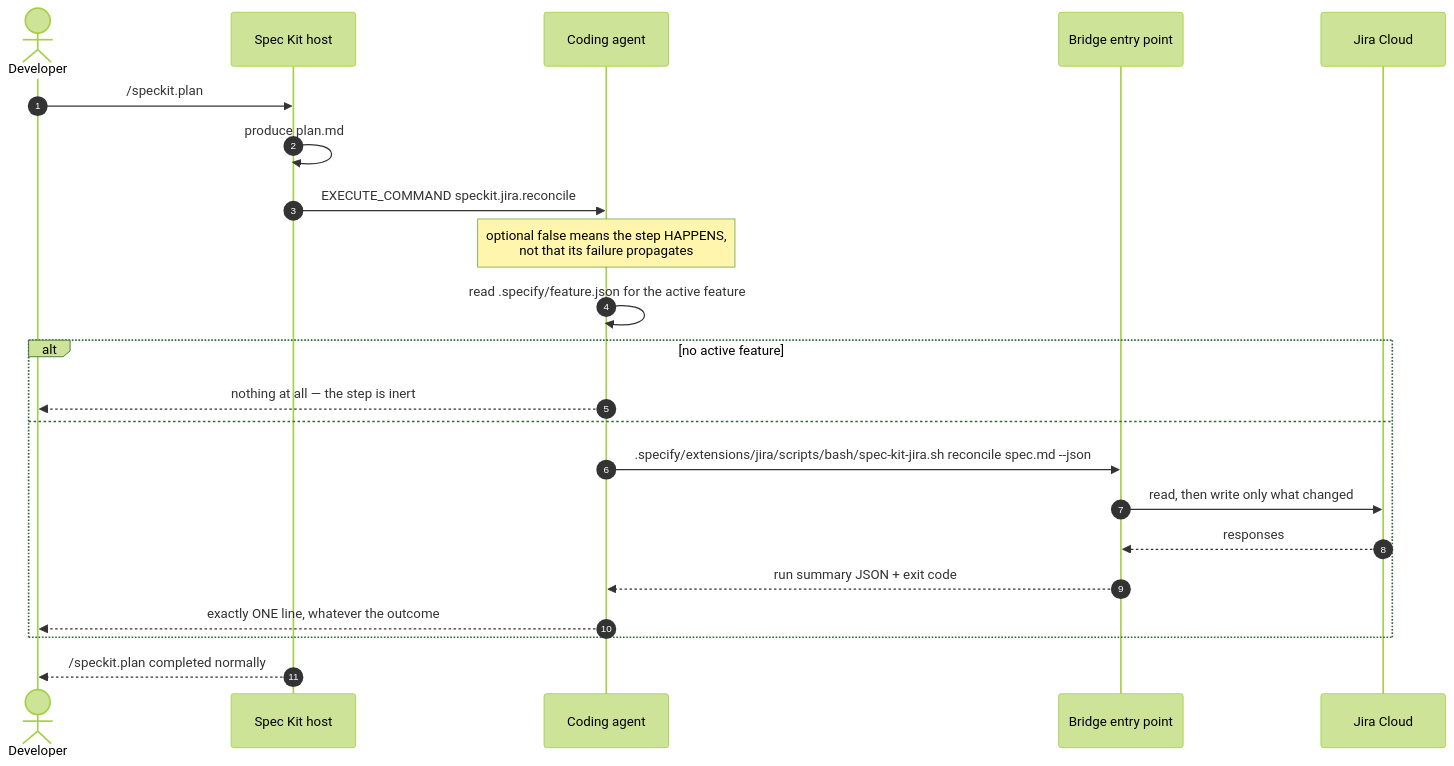
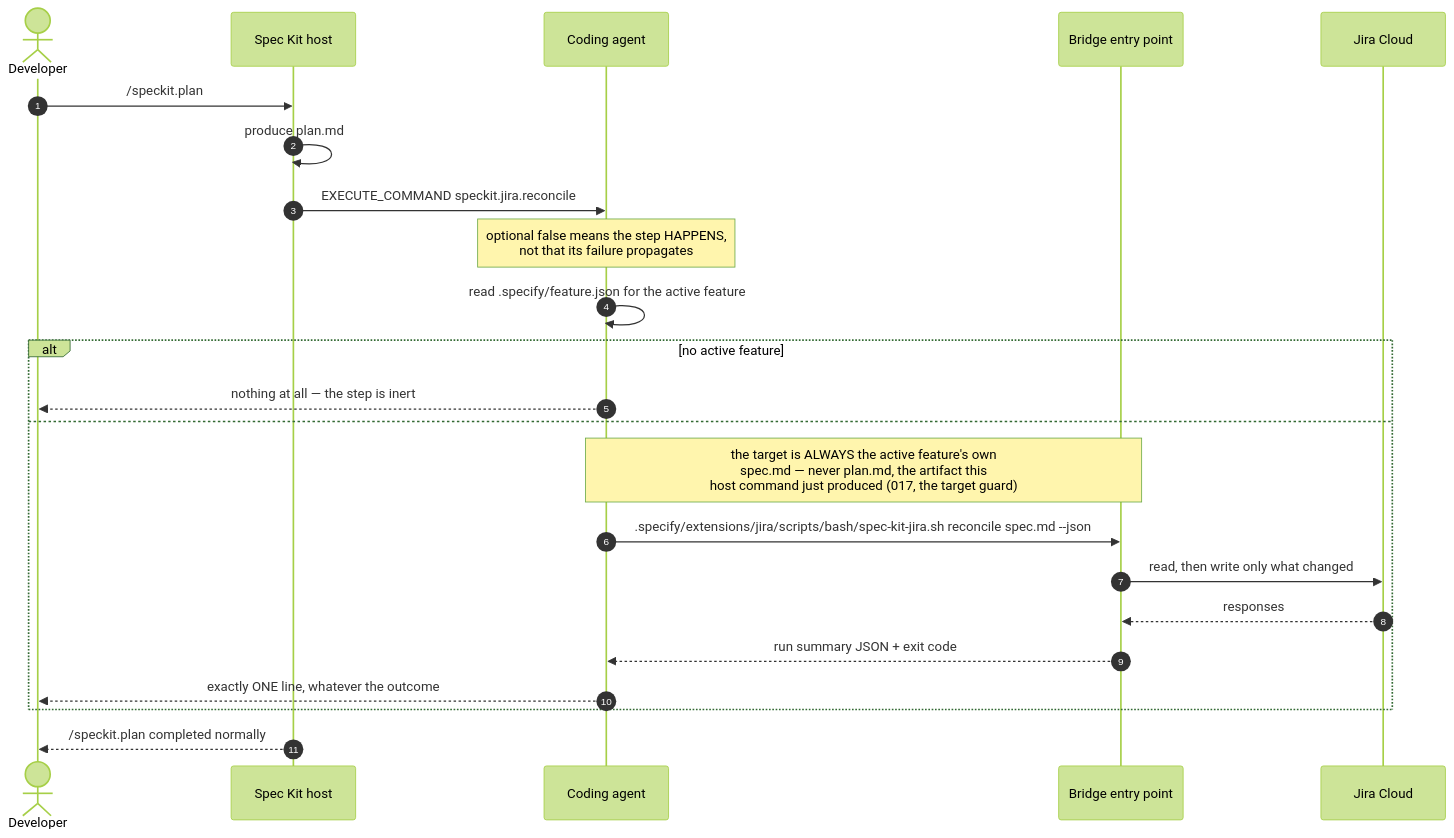
The third of 5 diagrams in docs/03-lifecycle-hooks.md (Fyloss/spec-kit-jira), drawn with Mermaid (forest theme) before and after one commit. The commit also changed other lines of this file and 84 other files, not shown here.

First line of the commit message:
fix: refuse mirroring anything but a feature's own spec.md, label every ticket with its provenance (#24)

````diff
--- a/docs/03-lifecycle-hooks.md
+++ b/docs/03-lifecycle-hooks.md
@@ -73,26 +73,27 @@
 ```mermaid
 sequenceDiagram
     autonumber
     actor Dev as Developer
     participant Host as Spec Kit host
     participant Agent as Coding agent
     participant Bridge as Bridge entry point
     participant Jira as Jira Cloud
 
     Dev->>Host: /speckit.plan
     Host->>Host: produce plan.md
     Host->>Agent: EXECUTE_COMMAND speckit.jira.reconcile
     Note over Agent: optional false means the step HAPPENS,<br/>not that its failure propagates
 
     Agent->>Agent: read .specify/feature.json for the active feature
     alt no active feature
         Agent-->>Dev: nothing at all — the step is inert
     else
+        Note over Agent,Bridge: the target is ALWAYS the active feature's own<br/>spec.md — never plan.md, the artifact this<br/>host command just produced (017, the target guard)
         Agent->>Bridge: .specify/extensions/jira/scripts/bash/spec-kit-jira.sh reconcile spec.md --json
         Bridge->>Jira: read, then write only what changed
         Jira-->>Bridge: responses
         Bridge-->>Agent: run summary JSON + exit code
         Agent-->>Dev: exactly ONE line, whatever the outcome
     end
     Host-->>Dev: /speckit.plan completed normally
 ```
````
